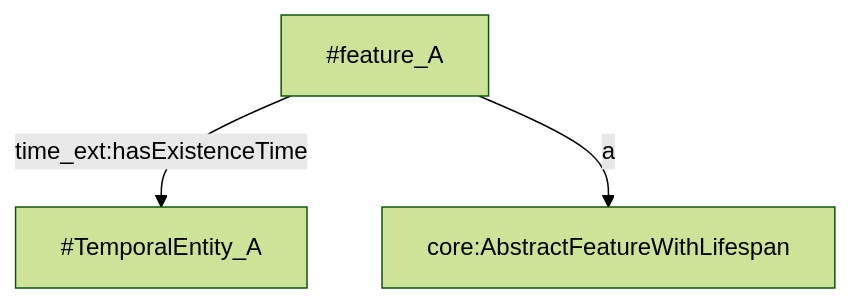
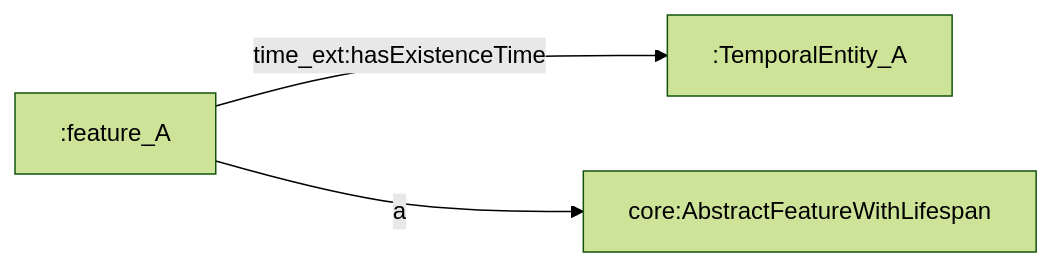
The second of 2 diagrams in rules/Readme.md (VCityTeam/UD-Graph), drawn with Mermaid (forest theme) before and after one commit. The commit also changed other lines of this file, not shown here.

````diff
--- a/rules/Readme.md
+++ b/rules/Readme.md
@@ -55,5 +56,5 @@
 ```mermaid
-graph TD
-    #feature_A -->|time_ext:hasExistenceTime| #TemporalEntity_A
-    #feature_A -->|a| core:AbstractFeatureWithLifespan
+flowchart LR
+    :feature_A -->|time_ext:hasExistenceTime| :TemporalEntity_A
+    :feature_A -->|a| core:AbstractFeatureWithLifespan
 ```
````
